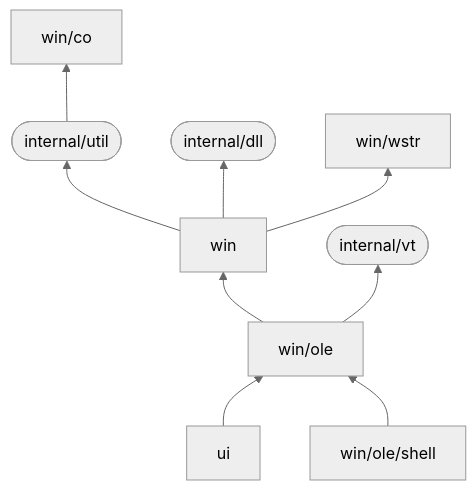
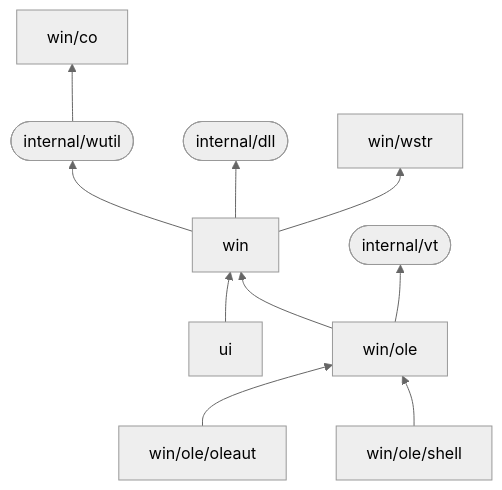
One commit to rodrigocfd/windigo changed the diagram in README.md. Above: the diagram before and after it, drawn with Mermaid (neutral theme). The commit also changed other lines of this file and 13 other files, not shown here.

````diff
--- a/README.md
+++ b/README.md
@@ -114,11 +115,12 @@
 ```mermaid
 flowchart BT
-    internal/util([internal/util]) --> win/co
-    ui --> win/ole
+    internal/wutil([internal/wutil]) --> win/co
+    ui --> win
     win --> internal/dll([internal/dll])
-    win --> internal/util
+    win --> internal/wutil
     win --> win/wstr
     win/ole --> internal/vt([internal/vt])
     win/ole --> win
+    win/ole/oleaut --> win/ole
     win/ole/shell --> win/ole
 ```
````
